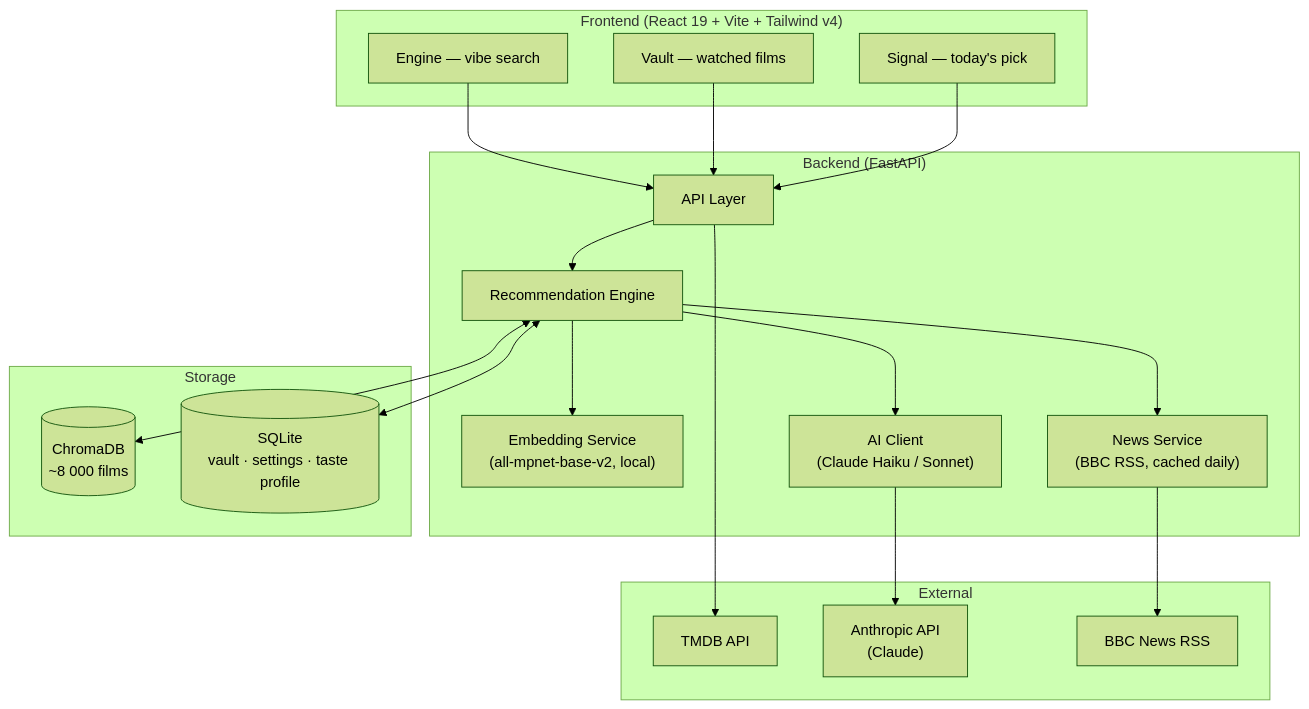
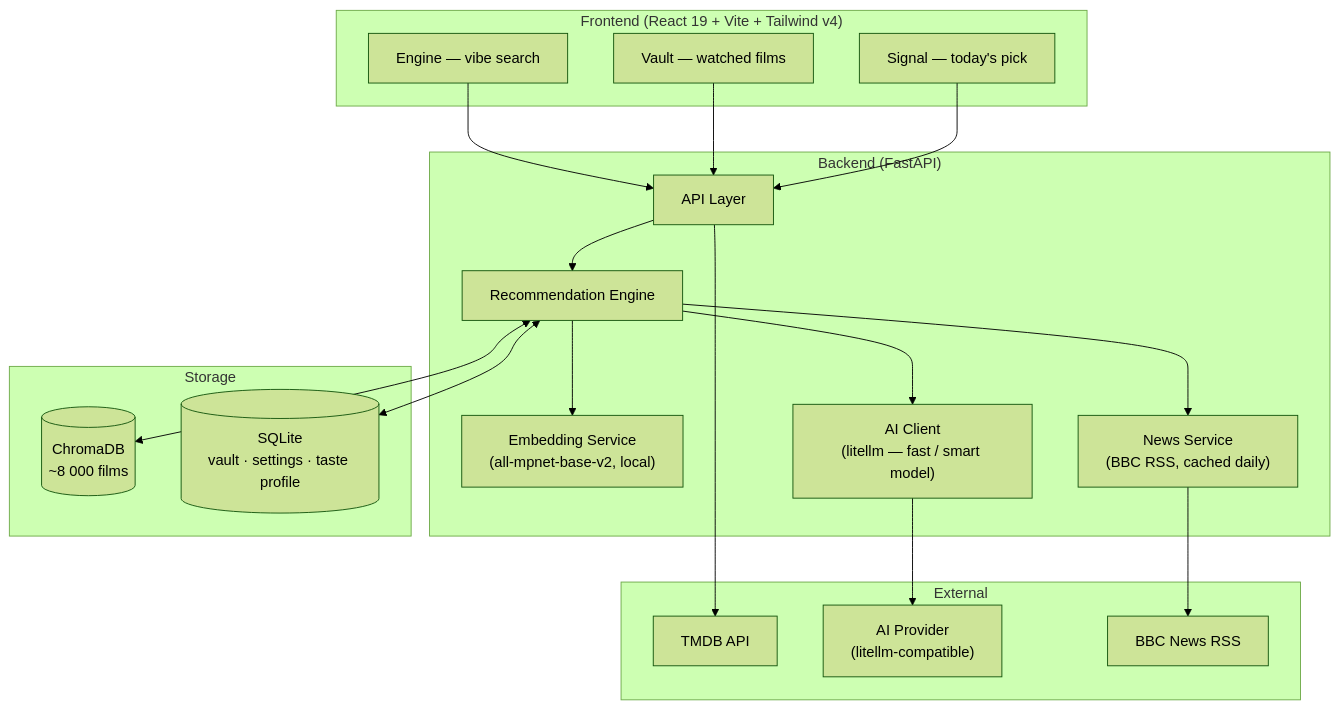
One commit to albaroca1503/Kuleshov-Lab changed the first of 3 diagrams in README.md. Above: the diagram before and after it, drawn with Mermaid (forest theme). The commit also changed other lines of this file and 5 other files, not shown here.

Commit message:
docs(readme): update AI model references to provider-agnostic litellm config

````diff
--- a/README.md
+++ b/README.md
@@ -20,38 +20,38 @@
 ```mermaid
 graph TB
     subgraph Frontend["Frontend (React 19 + Vite + Tailwind v4)"]
         E[Engine — vibe search]
         V[Vault — watched films]
         S[Signal — today's pick]
     end
 
     subgraph Backend["Backend (FastAPI)"]
         API[API Layer]
         REC[Recommendation Engine]
         EMB["Embedding Service\n(all-mpnet-base-v2, local)"]
-        AIC["AI Client\n(Claude Haiku / Sonnet)"]
+        AIC["AI Client\n(litellm — fast / smart model)"]
         NEWS["News Service\n(BBC RSS, cached daily)"]
     end
 
     subgraph Storage["Storage"]
         CHROMA[("ChromaDB\n~8 000 films")]
         SQLITE[("SQLite\nvault · settings · taste profile")]
     end
 
     subgraph External["External"]
         TMDB[TMDB API]
-        ANTHROPIC["Anthropic API\n(Claude)"]
+        AI_PROVIDER["AI Provider\n(litellm-compatible)"]
         RSS[BBC News RSS]
     end
 
     E & V & S --> API
     API --> REC
     REC --> EMB
     REC --> AIC
     REC --> NEWS
     REC <--> CHROMA
     REC <--> SQLITE
-    AIC --> ANTHROPIC
+    AIC --> AI_PROVIDER
     NEWS --> RSS
     API --> TMDB
 ```
````
